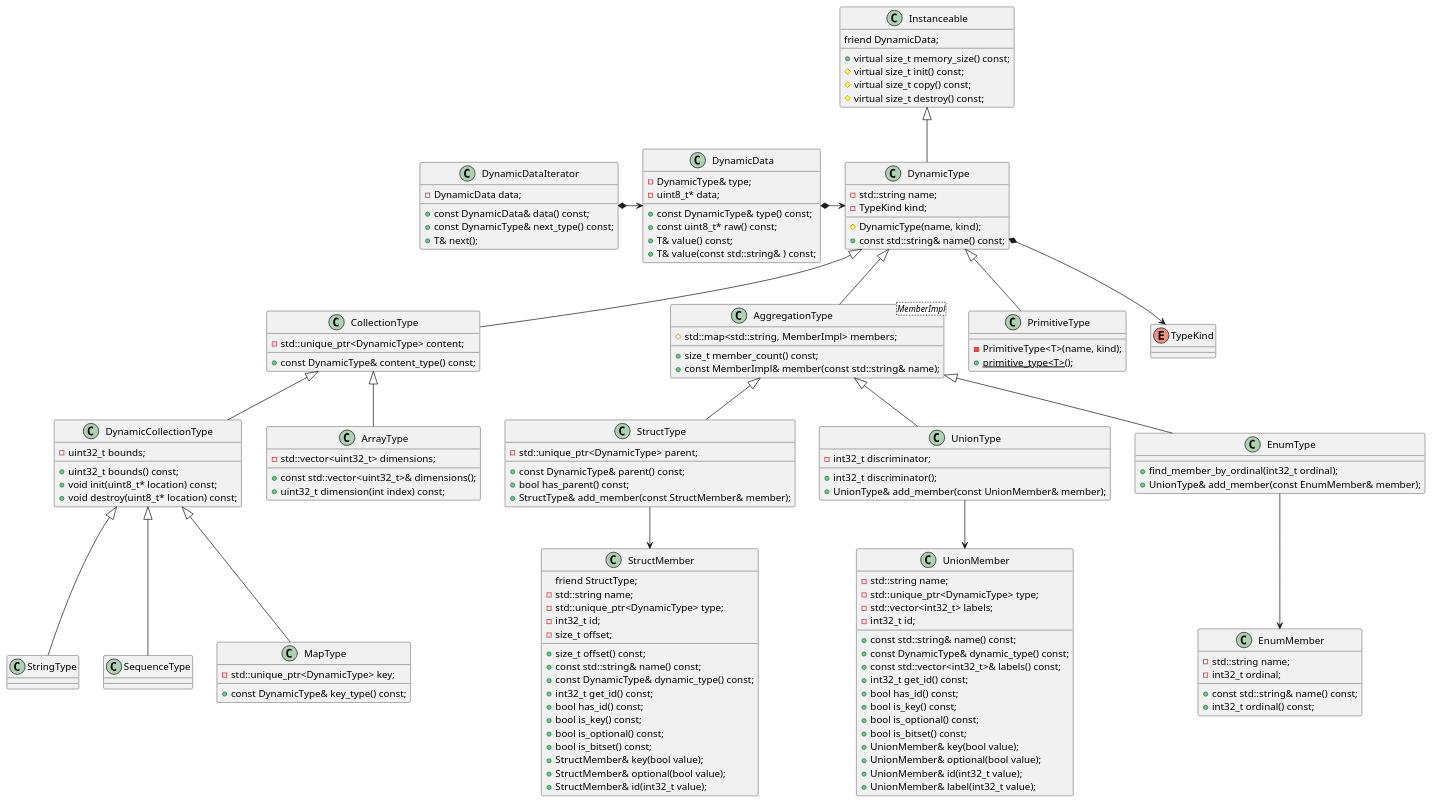
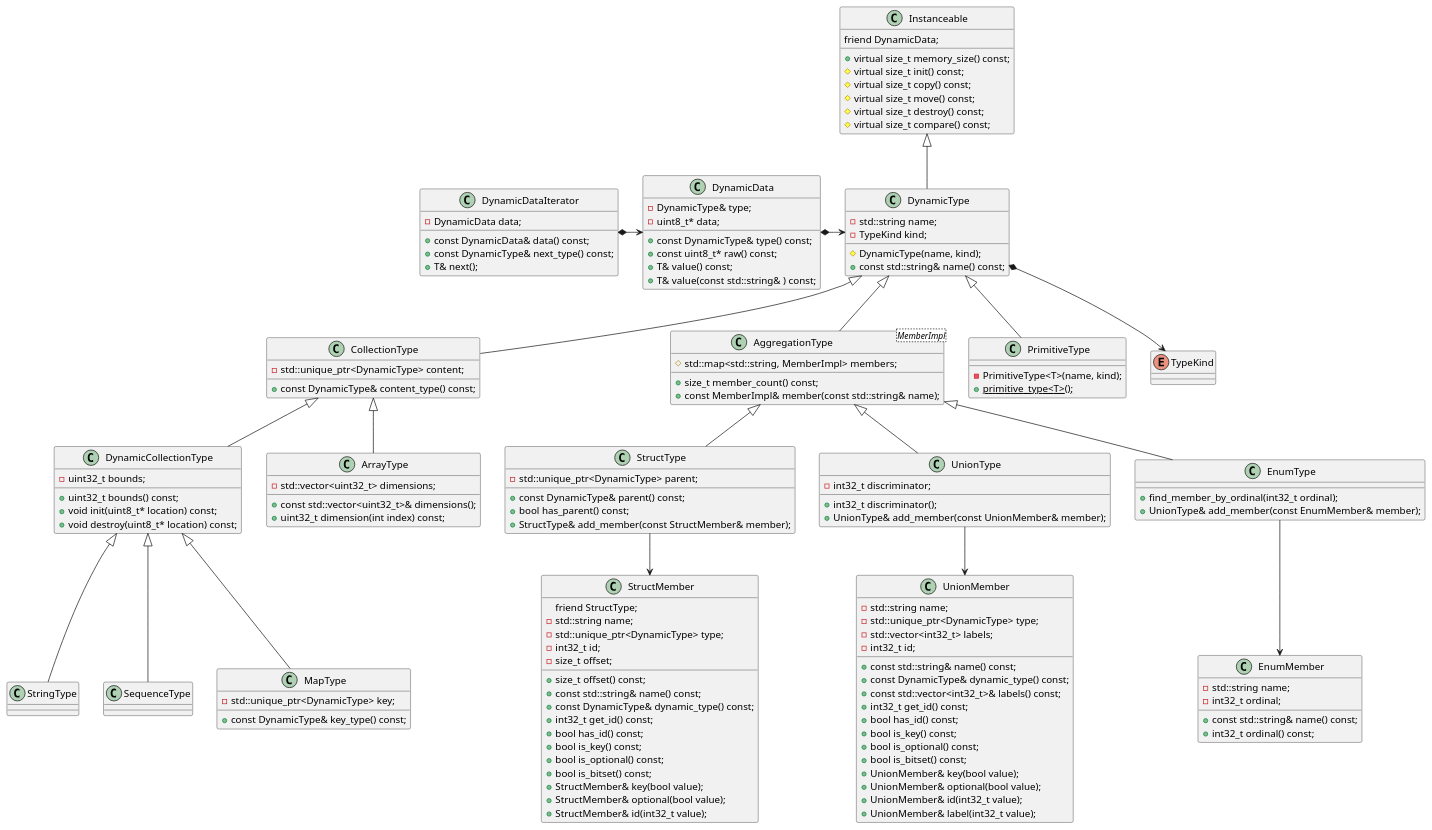
The diagram in doc/dds-core-xtypes/DynamicType.puml (eProsima/xtypes), drawn with PlantUML before and after one commit. The commit also changed 1 other file, not shown here.

```diff
--- a/doc/dds-core-xtypes/DynamicType.puml
+++ b/doc/dds-core-xtypes/DynamicType.puml
@@ -1,165 +1,167 @@
 @startuml
 DynamicType -up-|> Instanceable
 
 PrimitiveType -up-|> DynamicType
 AggregationType -up-|> DynamicType
 CollectionType -up-|> DynamicType
 
 StructType -up-|> AggregationType
 UnionType -up-|> AggregationType
 EnumType -up-|> AggregationType
 
 ArrayType -up-|> CollectionType
 DynamicCollectionType -up-|> CollectionType
 
 StringType -up-|> DynamicCollectionType
 SequenceType -up-|> DynamicCollectionType
 MapType -up-|> DynamicCollectionType
 
 DynamicType *--> TypeKind
 
 DynamicData *-right-> DynamicType
 DynamicDataIterator *-right-> DynamicData
 
 StructType --> StructMember
 UnionType --> UnionMember
 EnumType --> EnumMember
 
 class Instanceable {
     friend DynamicData;
     + virtual size_t memory_size() const;
     # virtual size_t init() const;
     # virtual size_t copy() const;
+    # virtual size_t move() const;
     # virtual size_t destroy() const;
+    # virtual size_t compare() const;
 }
 class DynamicType {
     - std::string name;
     - TypeKind kind;
     # DynamicType(name, kind);
     + const std::string& name() const;
 }
 
 enum TypeKind {
 }
 
 class PrimitiveType {
     - PrimitiveType<T>(name, kind);
     + {static} primitive_type<T>();
 }
 
 class AggregationType<MemberImpl> {
     # std::map<std::string, MemberImpl> members;
     + size_t member_count() const;
     + const MemberImpl& member(const std::string& name);
 }
 
 class UnionMember {
     - std::string name;
     - std::unique_ptr<DynamicType> type;
     - std::vector<int32_t> labels;
     - int32_t id;
     + const std::string& name() const;
     + const DynamicType& dynamic_type() const;
     + const std::vector<int32_t>& labels() const;
     + int32_t get_id() const;
     + bool has_id() const;
     + bool is_key() const;
     + bool is_optional() const;
     + bool is_bitset() const;
     + UnionMember& key(bool value);
     + UnionMember& optional(bool value);
     + UnionMember& id(int32_t value);
     + UnionMember& label(int32_t value);
 }
 
 class EnumMember {
     - std::string name;
     - int32_t ordinal;
     + const std::string& name() const;
     + int32_t ordinal() const;
 }
 
 class StructMember {
     friend StructType;
     - std::string name;
     - std::unique_ptr<DynamicType> type;
     - int32_t id;
     - size_t offset;
     + size_t offset() const;
     + const std::string& name() const;
     + const DynamicType& dynamic_type() const;
     + int32_t get_id() const;
     + bool has_id() const;
     + bool is_key() const;
     + bool is_optional() const;
     + bool is_bitset() const;
     + StructMember& key(bool value);
     + StructMember& optional(bool value);
     + StructMember& id(int32_t value);
 }
 
 class StructType {
     - std::unique_ptr<DynamicType> parent;
     + const DynamicType& parent() const;
     + bool has_parent() const;
     + StructType& add_member(const StructMember& member);
 }
 
 class UnionType {
     - int32_t discriminator;
     + int32_t discriminator();
     + UnionType& add_member(const UnionMember& member);
 }
 
 class EnumType {
     + find_member_by_ordinal(int32_t ordinal);
     + UnionType& add_member(const EnumMember& member);
 }
 
 class CollectionType {
     - std::unique_ptr<DynamicType> content;
     + const DynamicType& content_type() const;
 }
 
 class ArrayType {
     - std::vector<uint32_t> dimensions;
     + const std::vector<uint32_t>& dimensions();
     + uint32_t dimension(int index) const;
 }
 
 class DynamicCollectionType {
     - uint32_t bounds;
     + uint32_t bounds() const;
     + void init(uint8_t* location) const;
     + void destroy(uint8_t* location) const;
 }
 
 class StringType {
 }
 
 class SequenceType {
 }
 
 class MapType {
     - std::unique_ptr<DynamicType> key;
     + const DynamicType& key_type() const;
 }
 
 class DynamicData {
     - DynamicType& type;
     - uint8_t* data;
 
     + const DynamicType& type() const;
     + const uint8_t* raw() const;
     + T& value() const;
     + T& value(const std::string& ) const;
 }
 
 class DynamicDataIterator {
     - DynamicData data;
     + const DynamicData& data() const;
     + const DynamicType& next_type() const;
     + T& next();
 }
 
 @enduml
```
